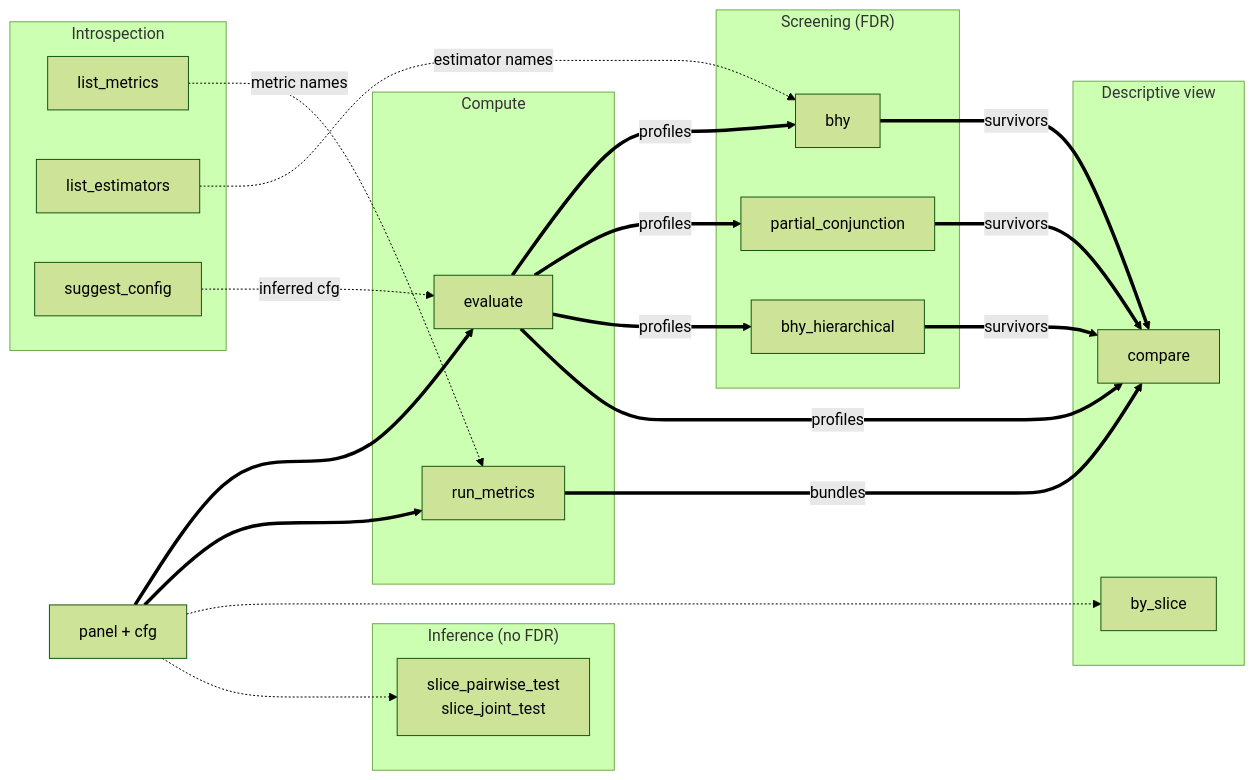
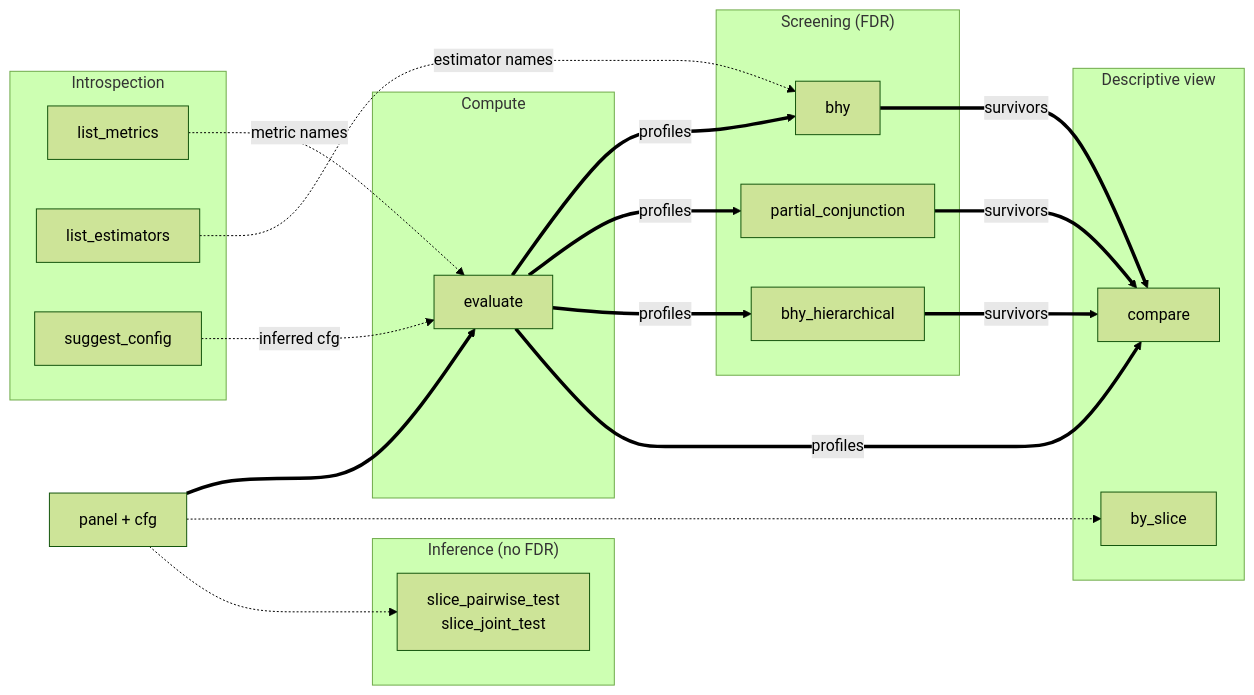
The diagram in docs/api/index.md (awwesomeman/factrix), drawn with Mermaid (forest theme) before and after one commit. The commit also changed other lines of this file and 5 other files, not shown here.

First line of the commit message:
docs: scrub residual run_metrics cross-refs (#448)

````diff
--- a/docs/api/index.md
+++ b/docs/api/index.md
@@ -9,58 +9,54 @@
 ```mermaid
 flowchart LR
     P[panel + cfg]
 
     subgraph Compute
         EV[evaluate]
-        RM[run_metrics]
     end
 
     subgraph Screening["Screening (FDR)"]
         BHY[bhy]
         PC[partial_conjunction]
         BHYH[bhy_hierarchical]
     end
 
     subgraph Inference["Inference (no FDR)"]
         ST["slice_pairwise_test<br/>slice_joint_test"]
     end
 
     subgraph View["Descriptive view"]
         BS[by_slice]
         CMP[compare]
     end
 
     subgraph Introspection
         LM[list_metrics]
         LE[list_estimators]
         SC[suggest_config]
     end
 
     P ==> EV
-    P ==> RM
     P -.-> BS
     P -.-> ST
     EV ==>|profiles| BHY
     EV ==>|profiles| PC
     EV ==>|profiles| BHYH
     EV ==>|profiles| CMP
-    RM ==>|bundles| CMP
     BHY ==>|survivors| CMP
     PC ==>|survivors| CMP
     BHYH ==>|survivors| CMP
-    LM -.->|metric names| RM
+    LM -.->|metric names| EV
     LE -.->|estimator names| BHY
     SC -.->|inferred cfg| EV
 
     click EV "evaluate/" "evaluate API"
-    click RM "run-metrics/" "run_metrics API"
     click BS "by-slice/" "by_slice API"
     click ST "slice-test/" "slice_pairwise_test / slice_joint_test API"
     click BHY "multi-factor/" "bhy API"
     click PC "partial-conjunction/" "partial_conjunction API"
     click BHYH "bhy-hierarchical/" "bhy_hierarchical API"
     click LM "list-metrics/" "list_metrics API"
     click LE "list-estimators/" "list_estimators API"
     click SC "suggest-config/" "suggest_config API"
     click CMP "compare/" "compare API"
 ```
````
